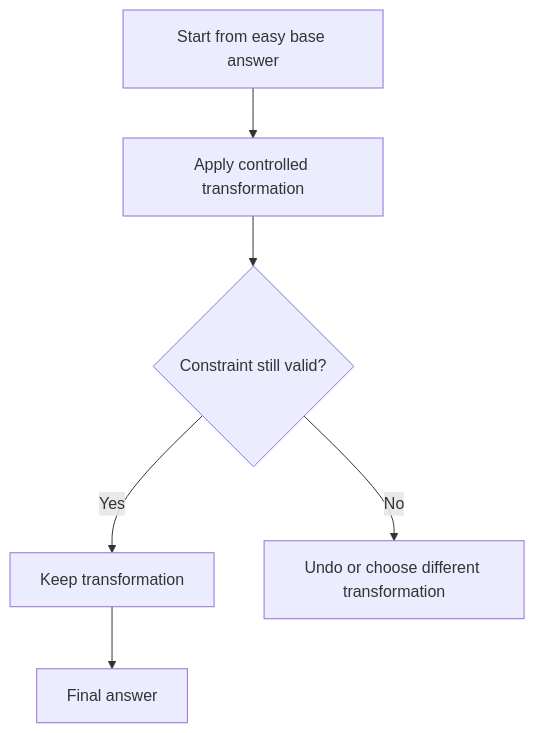
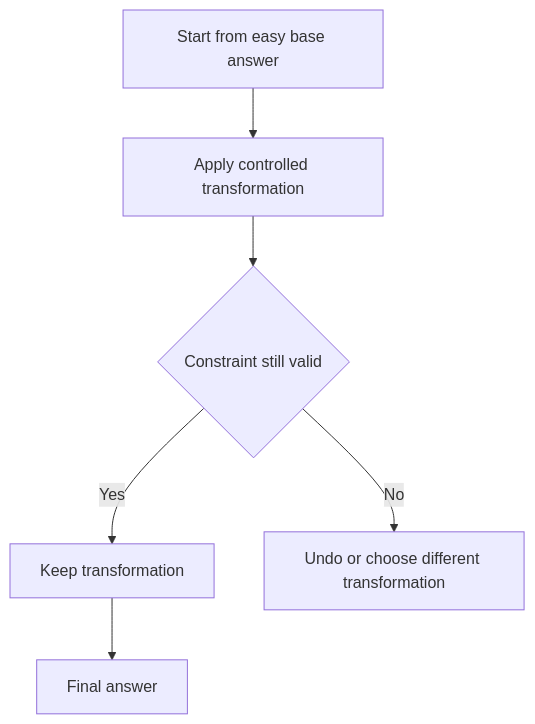
One commit to mthaiseer/springcloud-systemdesign-notes changed diagram 16 of 25 in CP_DSA_NOTES/002_CONCEPT_FRAMEWORK_FORMS_TATICS/011_CONTRUCTIVE_ALGORITHMS_CFFT.md. Above: the diagram before and after it, drawn with Mermaid. The commit also changed other lines of this file and 1 other file, not shown here.

````diff
--- a/CP_DSA_NOTES/002_CONCEPT_FRAMEWORK_FORMS_TATICS/011_CONTRUCTIVE_ALGORITHMS_CFFT.md
+++ b/CP_DSA_NOTES/002_CONCEPT_FRAMEWORK_FORMS_TATICS/011_CONTRUCTIVE_ALGORITHMS_CFFT.md
@@ -1689,8 +1684,8 @@
 ```mermaid
 flowchart TD
-    A[Start from easy base answer] --> B[Apply controlled transformation]
-    B --> C{Constraint still valid?}
-    C -->|Yes| D[Keep transformation]
-    C -->|No| E[Undo or choose different transformation]
-    D --> F[Final answer]
+    A["Start from easy base answer"] --> B["Apply controlled transformation"]
+    B --> C{"Constraint still valid"}
+    C -->|Yes| D["Keep transformation"]
+    C -->|No| E["Undo or choose different transformation"]
+    D --> F["Final answer"]
 ```
````
